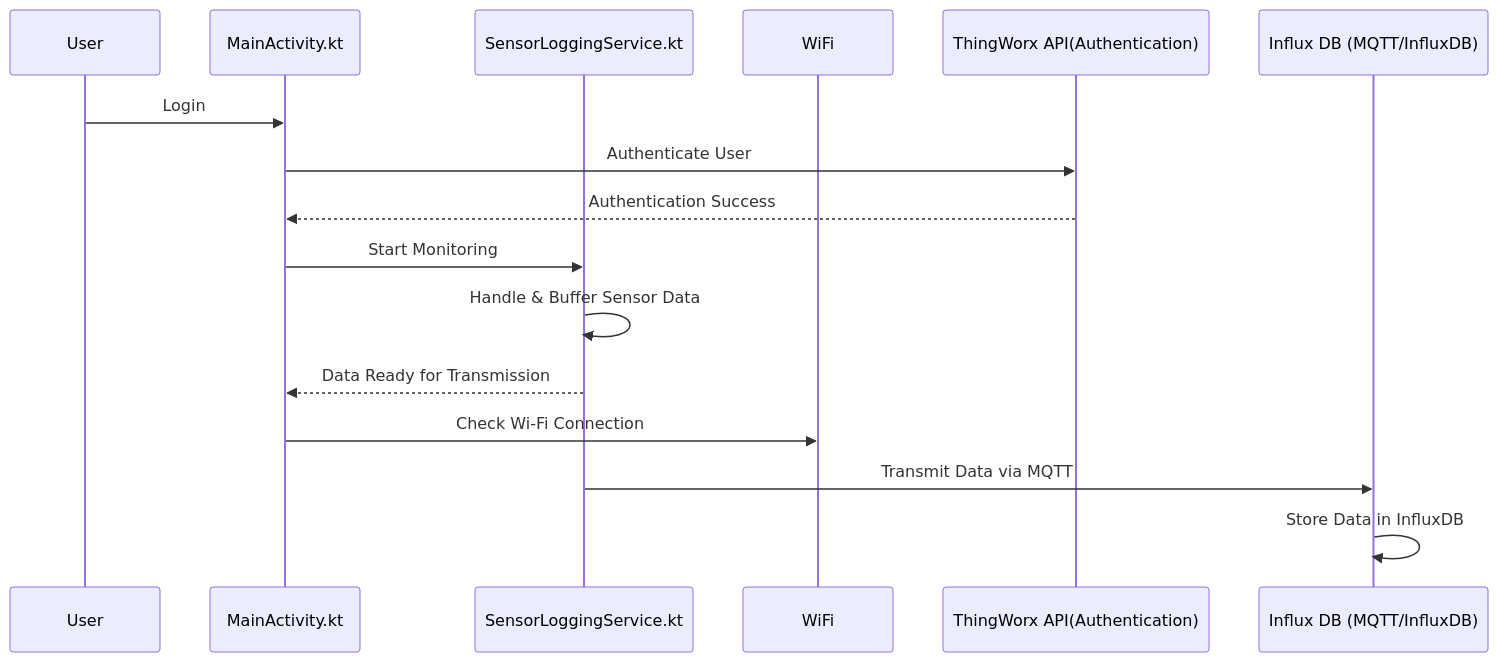
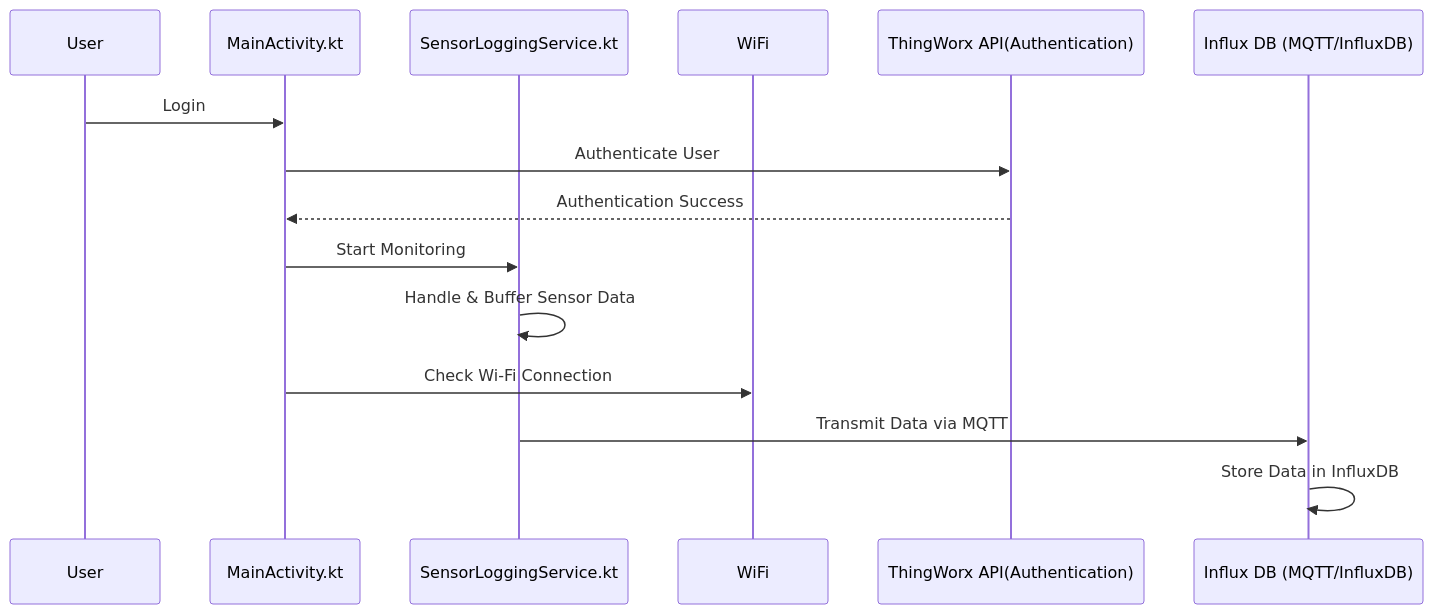
The second of 2 diagrams in README.md (rcznp/test_doc_2), drawn with Mermaid before and after one commit.

````diff
--- a/README.md
+++ b/README.md
@@ -38,19 +38,18 @@
 ```mermaid
 sequenceDiagram
     participant U as User
     participant A as MainActivity.kt
     participant S as SensorLoggingService.kt
     participant W as WiFi
     participant TW as ThingWorx API(Authentication)
     participant DB as Influx DB (MQTT/InfluxDB)
 
     U->>A: Login
     A->>TW: Authenticate User
     TW-->>A: Authentication Success
     A->>S: Start Monitoring
     S->>S: Handle & Buffer Sensor Data
-    S-->>A: Data Ready for Transmission
     A->>W: Check Wi-Fi Connection
     S->>DB: Transmit Data via MQTT
     DB->>DB: Store Data in InfluxDB
 ```
````
